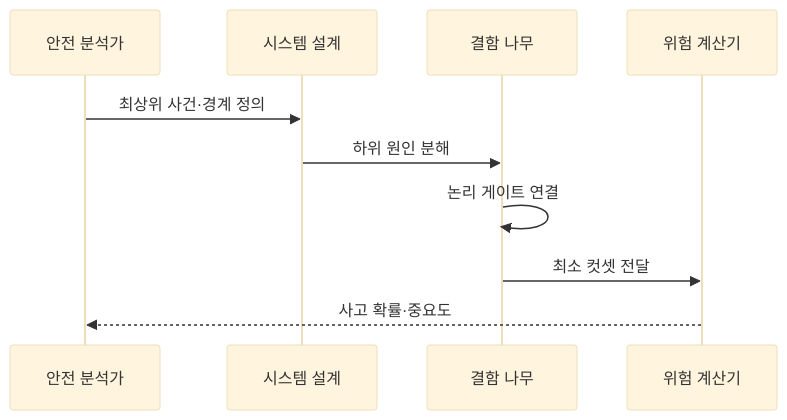
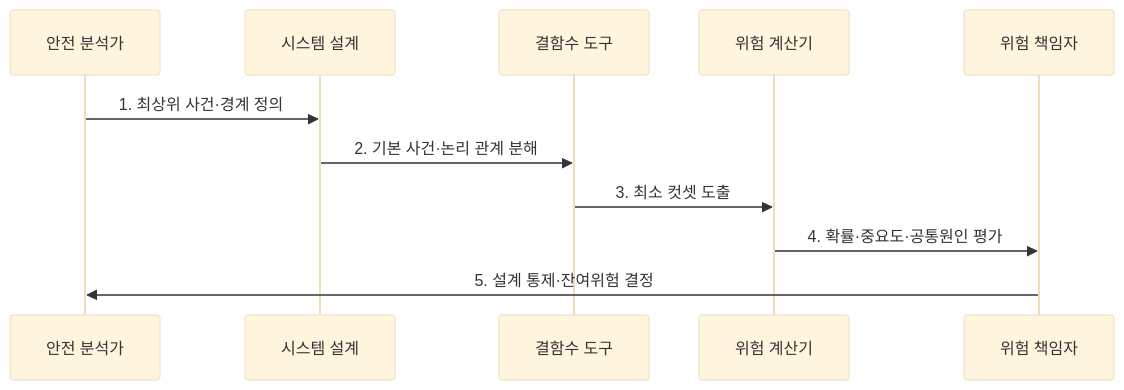
The second of 2 diagrams in src/content/docs/notes/06-evaluation/026_fault_tree_analysis.md (agnusdei1207/knowledge-base), drawn with Mermaid (base theme) before and after one commit. The commit also changed other lines of this file and 6 other files, not shown here.

````diff
--- a/src/content/docs/notes/06-evaluation/026_fault_tree_analysis.md
+++ b/src/content/docs/notes/06-evaluation/026_fault_tree_analysis.md
@@ -83,12 +83,13 @@
 ```mermaid
 sequenceDiagram
-    participant A as 안전 분석가
-    participant S as 시스템 설계
-    participant T as 결함 나무
-    participant Q as 위험 계산기
-    A->>S: 최상위 사건·경계 정의
-    S->>T: 하위 원인 분해
-    T->>T: 논리 게이트 연결
-    T->>Q: 최소 컷셋 전달
-    Q-->>A: 사고 확률·중요도
+  participant A as 안전 분석가
+  participant S as 시스템 설계
+  participant T as 결함수 도구
+  participant Q as 위험 계산기
+  participant O as 위험 책임자
+  A->>S: 1. 최상위 사건·경계 정의
+  S->>T: 2. 기본 사건·논리 관계 분해
+  T->>Q: 3. 최소 컷셋 도출
+  Q->>O: 4. 확률·중요도·공통원인 평가
+  O->>A: 5. 설계 통제·잔여위험 결정
 ```
````
